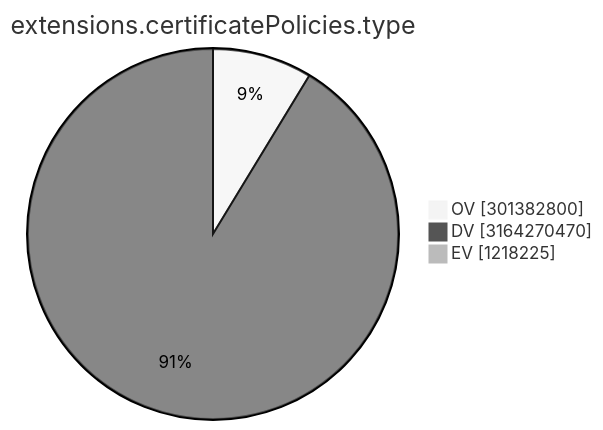
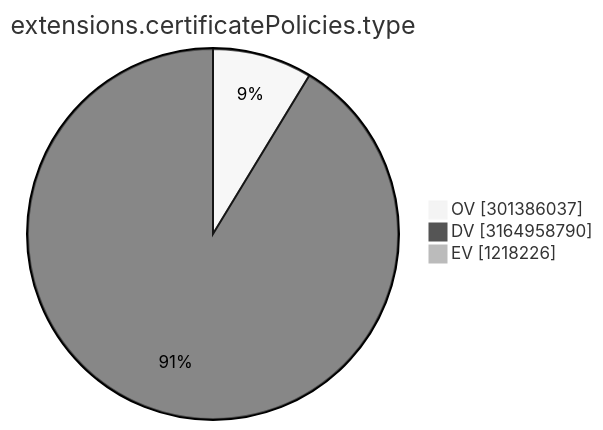
One commit to christiankrug/ctmonitor_visualization changed the ninth of 15 diagrams in TOTAL/README.md. Above: the diagram before and after it, drawn with Mermaid (neutral theme). The commit also changed other lines of this file, not shown here.

````diff
--- a/TOTAL/README.md
+++ b/TOTAL/README.md
@@ -3105,7 +3105,7 @@
 ```mermaid
 pie showData
 title extensions.certificatePolicies.type
-"OV" :301382800
-"DV" :3164270470
-"EV" :1218225
+"OV" :301386037
+"DV" :3164958790
+"EV" :1218226
 ```
````
